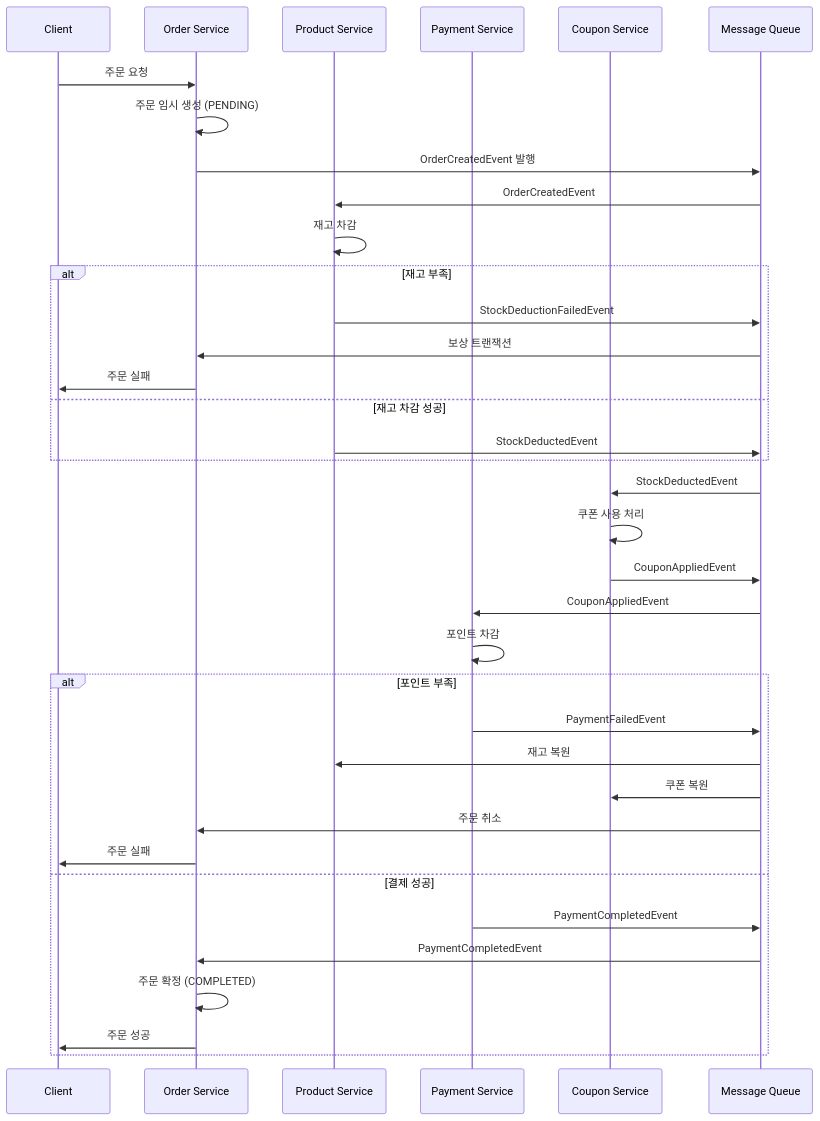
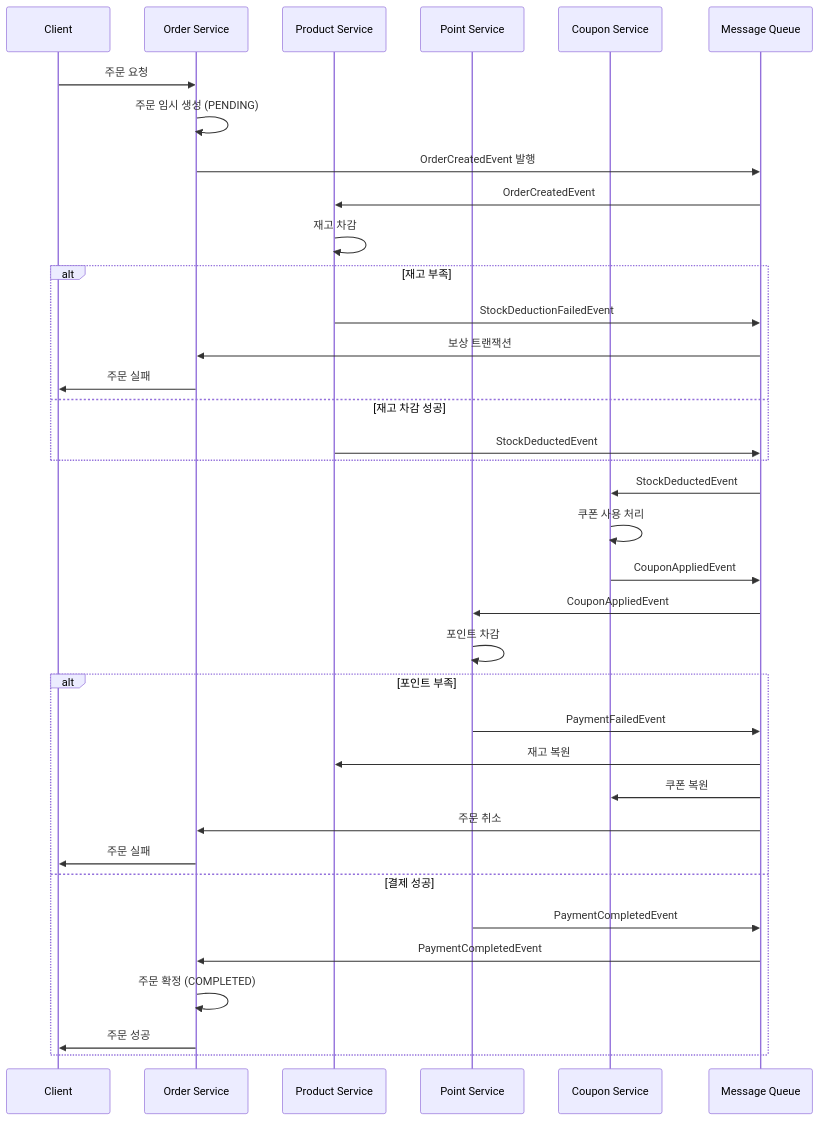
One commit to jih3508/hanghea_plus_backend_8th changed the second of 4 diagrams in 8week/docs/report/MSA 아키텍처 보고서.md. Above: the diagram before and after it, drawn with Mermaid. The commit also changed other lines of this file and 1 other file, not shown here.

Commit message:
Name 변경

````diff
--- a/8week/docs/report/MSA 아키텍처 보고서.md
+++ b/8week/docs/report/MSA 아키텍처 보고서.md
@@ -213,42 +213,42 @@
 ```mermaid
 sequenceDiagram
     participant Client
     participant Order Service
     participant Product Service
-    participant Payment Service
+    participant Point Service
     participant Coupon Service
     participant Message Queue
     
     Client->>Order Service: 주문 요청
     Order Service->>Order Service: 주문 임시 생성 (PENDING)
     Order Service->>Message Queue: OrderCreatedEvent 발행
     
     Message Queue->>Product Service: OrderCreatedEvent
     Product Service->>Product Service: 재고 차감
     alt 재고 부족
         Product Service->>Message Queue: StockDeductionFailedEvent
         Message Queue->>Order Service: 보상 트랜잭션
         Order Service->>Client: 주문 실패
     else 재고 차감 성공
         Product Service->>Message Queue: StockDeductedEvent
     end
     
     Message Queue->>Coupon Service: StockDeductedEvent
     Coupon Service->>Coupon Service: 쿠폰 사용 처리
     Coupon Service->>Message Queue: CouponAppliedEvent
     
-    Message Queue->>Payment Service: CouponAppliedEvent
-    Payment Service->>Payment Service: 포인트 차감
+    Message Queue->>Point Service: CouponAppliedEvent
+    Point Service->>Point Service: 포인트 차감
     alt 포인트 부족
-        Payment Service->>Message Queue: PaymentFailedEvent
+        Point Service->>Message Queue: PaymentFailedEvent
         Message Queue->>Product Service: 재고 복원
         Message Queue->>Coupon Service: 쿠폰 복원
         Message Queue->>Order Service: 주문 취소
         Order Service->>Client: 주문 실패
     else 결제 성공
-        Payment Service->>Message Queue: PaymentCompletedEvent
+        Point Service->>Message Queue: PaymentCompletedEvent
         Message Queue->>Order Service: PaymentCompletedEvent
         Order Service->>Order Service: 주문 확정 (COMPLETED)
         Order Service->>Client: 주문 성공
     end
 ```
````
